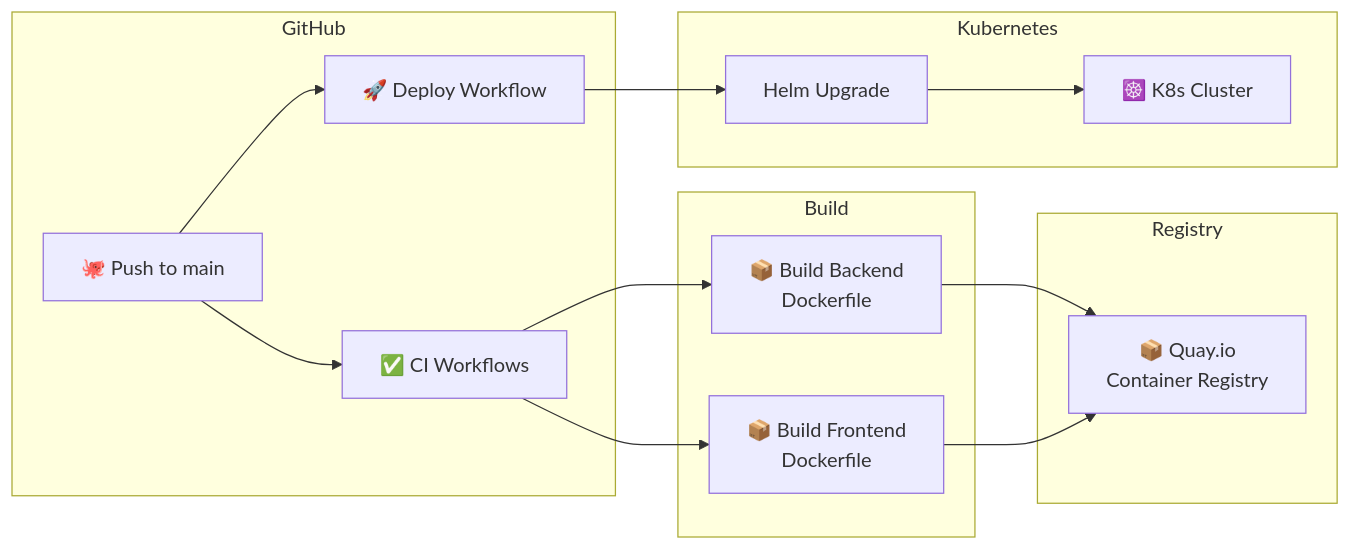
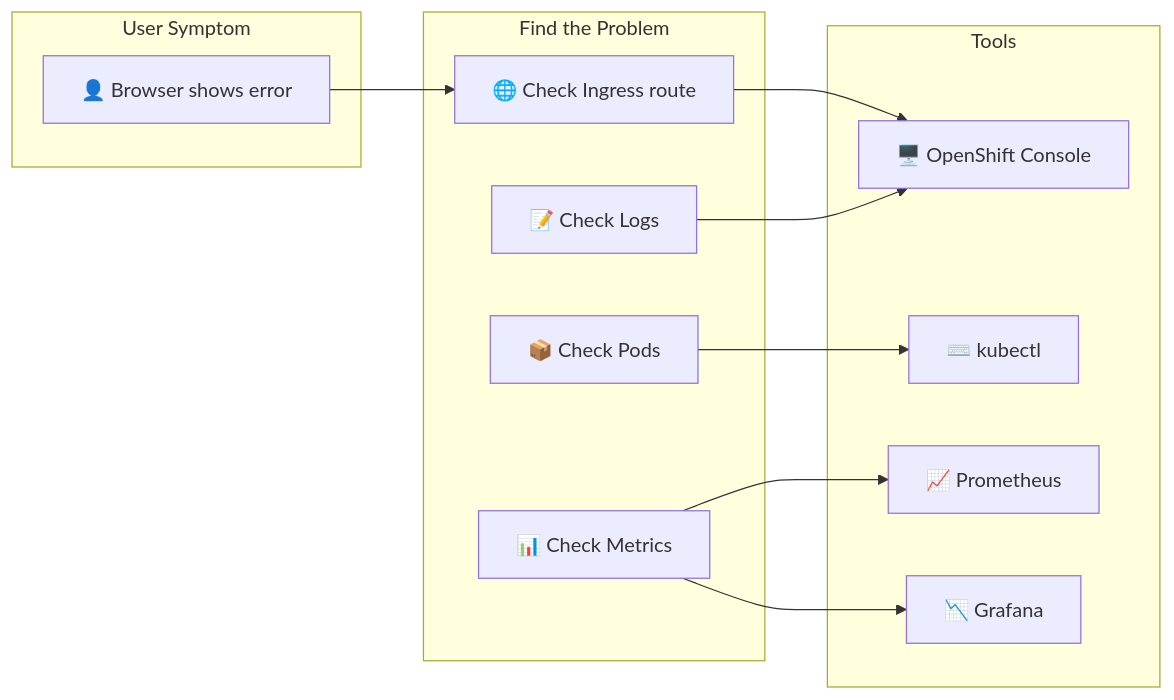
One commit to mathianasj/access-tracker changed the sixth of 9 diagrams in docs/architecture.md. Above: the diagram before and after it, drawn with Mermaid. The commit also changed other lines of this file, not shown here.

First line of the commit message:
docs: enhance architecture.md for demo presentation

````diff
--- a/docs/architecture.md
+++ b/docs/architecture.md
@@ -76,31 +214,27 @@
 ```mermaid
 flowchart LR
-    subgraph "GitHub"
-        Push["🐙 Push to main"]
-        CI["✅ CI Workflows"]
-        CD["🚀 Deploy Workflow"]
+    subgraph "User Symptom"
+        Browser["👤 Browser shows error"]
     end
 
-    subgraph "Build"
-        BackendImage["📦 Build Backend<br/>Dockerfile"]
-        FrontendImage["📦 Build Frontend<br/>Dockerfile"]
+    subgraph "Find the Problem"
+        Route["🌐 Check Ingress route"]
+        Pods["📦 Check Pods"]
+        Logs["📝 Check Logs"]
+        Metrics["📊 Check Metrics"]
     end
 
-    subgraph "Registry"
-        Quay["📦 Quay.io<br/>Container Registry"]
+    subgraph "Tools"
+        Openshift["🖥️ OpenShift Console"]
+        CLI["⌨️ kubectl"]
+        Prometheus["📈 Prometheus"]
+        Grafana["📉 Grafana"]
     end
 
-    subgraph "Kubernetes"
-        Cluster["☸️ K8s Cluster"]
-        Helm["Helm Upgrade"]
-    end
-
-    Push --> CI
-    CI --> BackendImage
-    CI --> FrontendImage
-    BackendImage --> Quay
-    FrontendImage --> Quay
-    Push --> CD
-    CD --> Helm
-    Helm --> Cluster
+    Browser --> Route
+    Route --> Openshift
+    Pods --> CLI
+    Logs --> Openshift
+    Metrics --> Prometheus
+    Metrics --> Grafana
 ```
````
